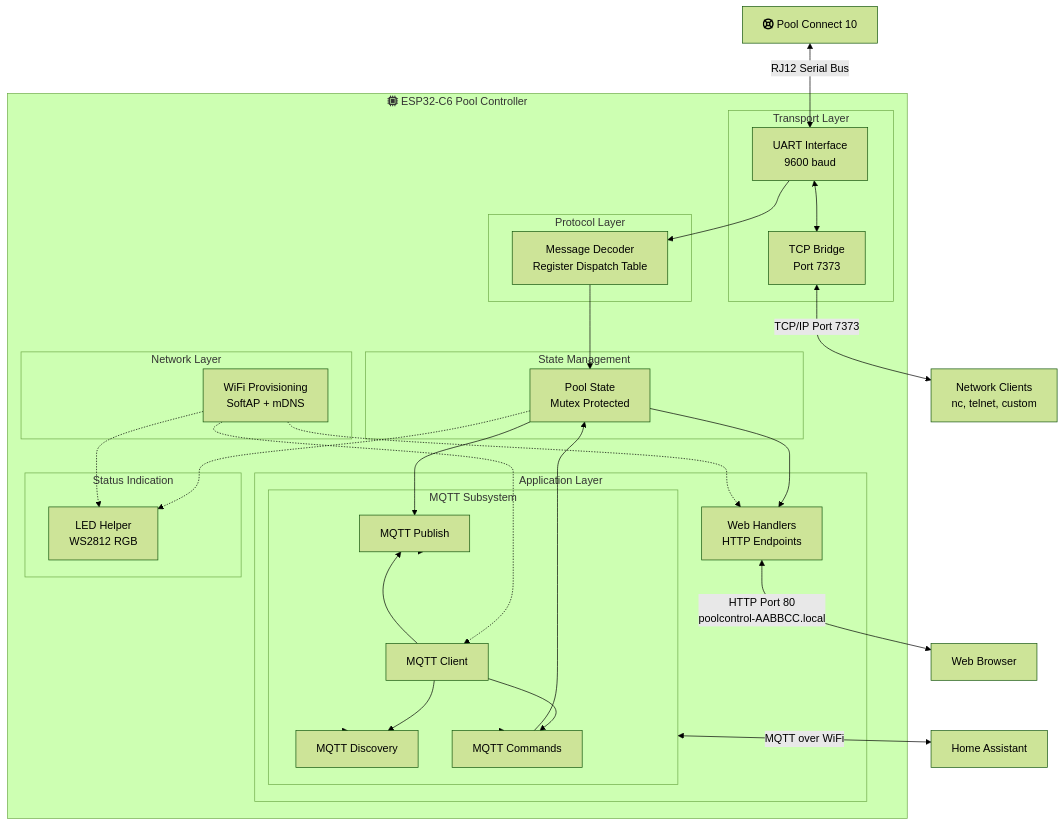
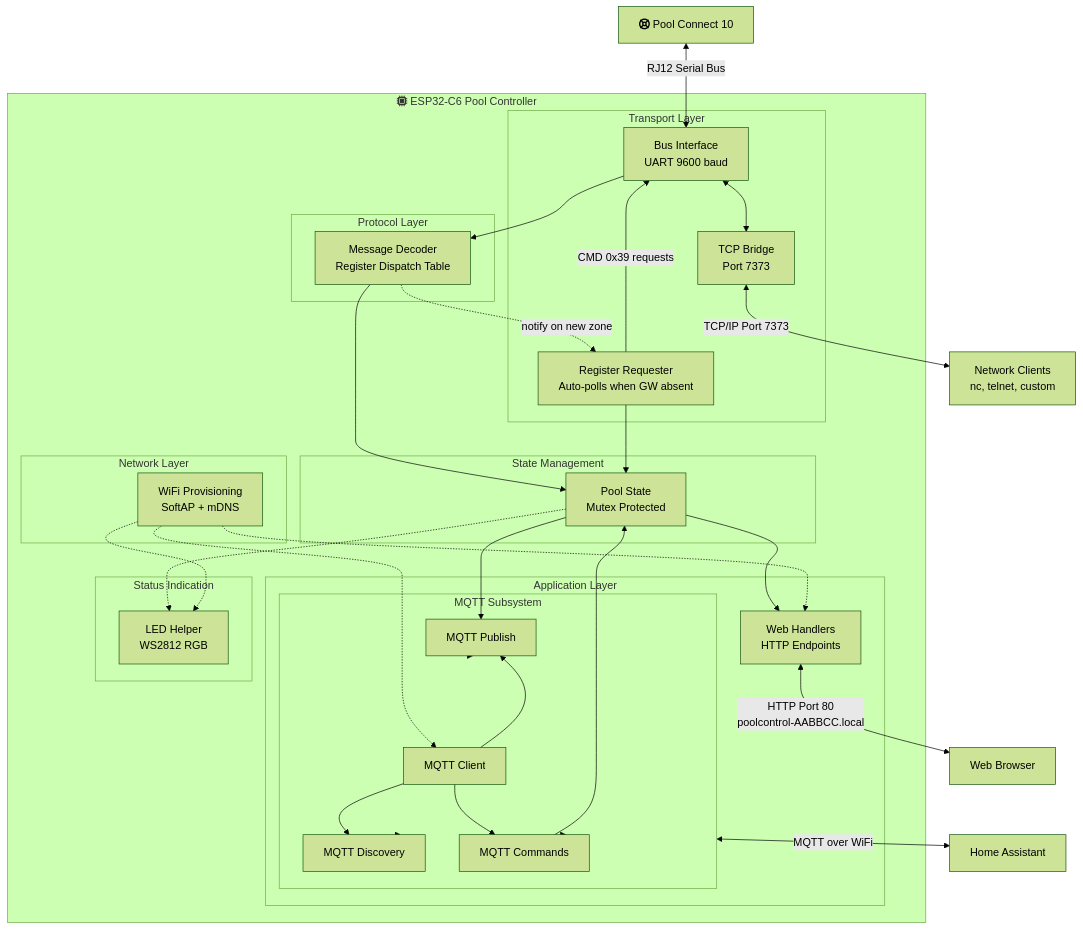
Before and after one commit to marklynch/pool-controller-code: the diagram in README.md, drawn with Mermaid (forest theme). The commit also changed other lines of this file and 6 other files, not shown here.

````diff
--- a/README.md
+++ b/README.md
@@ -126,65 +127,69 @@
 ```mermaid
 flowchart TD
 
     Pool[fa:fa-life-ring Pool Connect 10]
 
     subgraph ESP32-C6[fa:fa-microchip ESP32-C6 Pool Controller]
         subgraph Transport[Transport Layer]
-            UART[UART Interface<br/>9600 baud]
+            Bus[Bus Interface<br/>UART 9600 baud]
             TCP[TCP Bridge<br/>Port 7373]
+            RegReq[Register Requester<br/>Auto-polls when GW absent]
         end
 
         subgraph Protocol[Protocol Layer]
             Decoder[Message Decoder<br/>Register Dispatch Table]
         end
 
         subgraph State[State Management]
             PoolState[Pool State<br/>Mutex Protected]
         end
 
         subgraph Network[Network Layer]
             WiFi[WiFi Provisioning<br/>SoftAP + mDNS]
         end
 
         subgraph Application[Application Layer]
             WebAPI[Web Handlers<br/>HTTP Endpoints]
 
             subgraph MQTTSub[MQTT Subsystem]
                 MQTTClient[MQTT Client]
                 MQTTPub[MQTT Publish]
                 MQTTDisc[MQTT Discovery]
                 MQTTCmd[MQTT Commands]
             end
         end
 
         subgraph Status[Status Indication]
             LED[LED Helper<br/>WS2812 RGB]
         end
 
-        UART <--> TCP
-        UART --> Decoder
+        Bus <--> TCP
+        Bus --> Decoder
         Decoder --> PoolState
+        Decoder -.->|notify on new zone| RegReq
+        RegReq --> PoolState
+        RegReq -->|CMD 0x39 requests| Bus
         PoolState --> MQTTPub
         PoolState --> WebAPI
         MQTTCmd --> PoolState
         WiFi -.-> WebAPI
         WiFi -.-> MQTTClient
         MQTTClient --> MQTTPub
         MQTTClient --> MQTTDisc
         MQTTClient --> MQTTCmd
         MQTTPub --> MQTTSub
         MQTTDisc --> MQTTSub
         MQTTCmd --> MQTTSub
         PoolState -.-> LED
         WiFi -.-> LED
     end
 
     Clients[Network Clients<br/>nc, telnet, custom]
     Browser[Web Browser]
     HA[Home Assistant]
 
-    Pool <-->|RJ12 Serial Bus| UART
+    Pool <-->|RJ12 Serial Bus| Bus
     TCP <-->|TCP/IP Port 7373| Clients
     WebAPI <-->|HTTP Port 80<br/>poolcontrol-AABBCC.local| Browser
     MQTTSub <-->|MQTT over WiFi| HA
 ```
````
